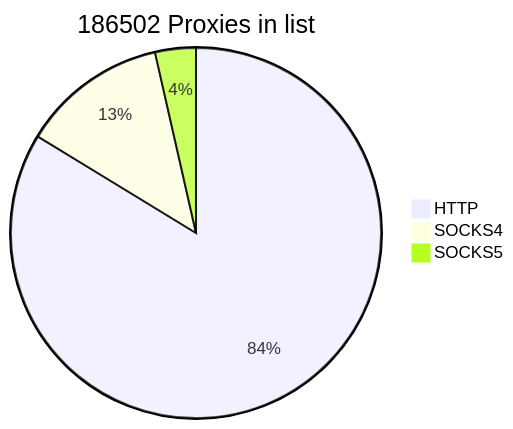
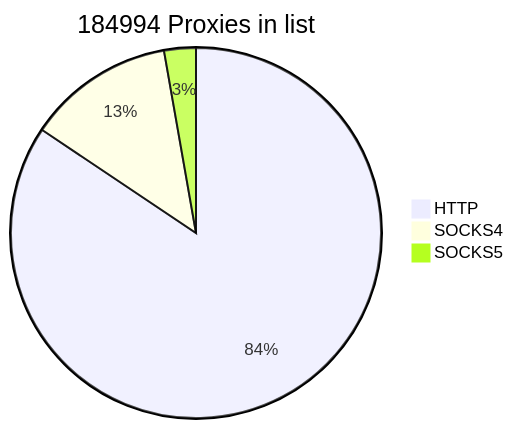
One commit to cutipu/proxylist changed the first of 2 diagrams in README.md. Above: the diagram before and after it, drawn with Mermaid. The commit also changed other lines of this file, not shown here.

````diff
--- a/README.md
+++ b/README.md
@@ -2,7 +2,7 @@
 ```mermaid
-pie title 186502 Proxies in list
+pie title 184994 Proxies in list
     "HTTP" : 156126
     "SOCKS4" : 23745
-    "SOCKS5" : 6631
+    "SOCKS5" : 5123
             
 ```
````
